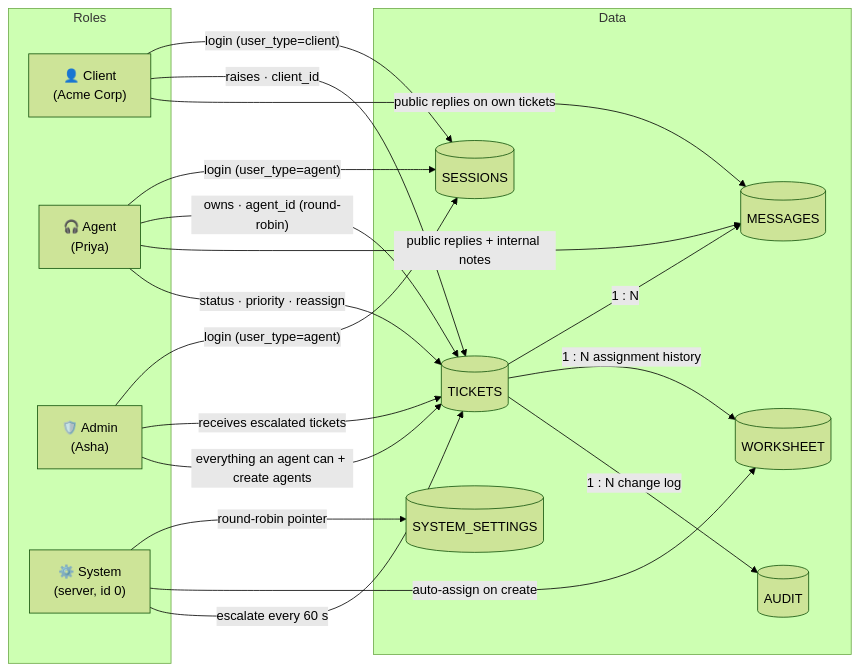
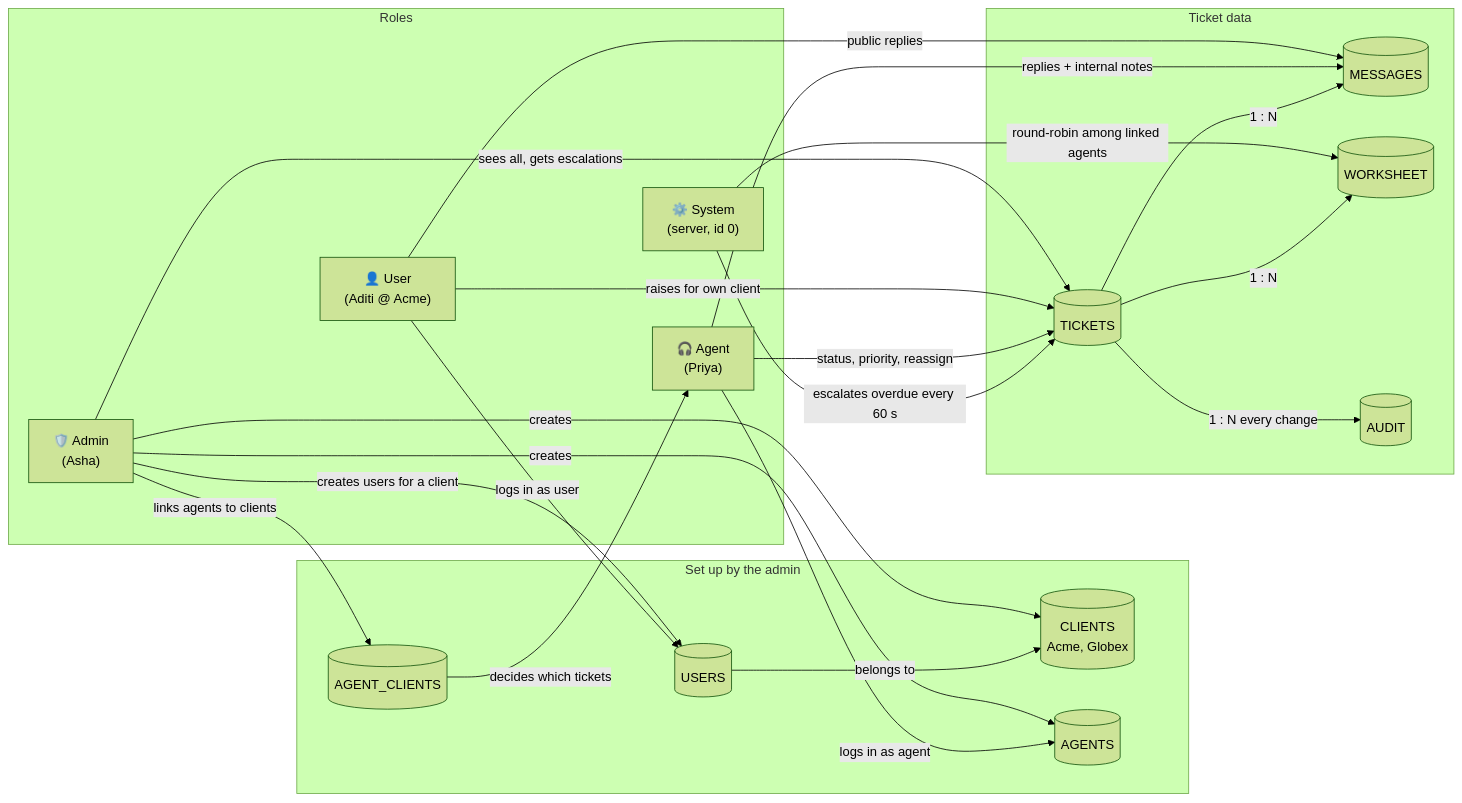
One commit to mrujoshi/zendesk changed the second of 5 diagrams in ERD.md. Above: the diagram before and after it, drawn with Mermaid (forest theme). The commit also changed other lines of this file, not shown here.

First line of the commit message:
ERD: update all diagrams to the current model

````diff
--- a/ERD.md
+++ b/ERD.md
@@ -154,40 +165,46 @@
 ```mermaid
 flowchart LR
     subgraph Roles
-        C["👤 Client<br/>(Acme Corp)"]
+        AD["🛡️ Admin<br/>(Asha)"]
+        U["👤 User<br/>(Aditi @ Acme)"]
         A["🎧 Agent<br/>(Priya)"]
-        AD["🛡️ Admin<br/>(Asha)"]
         SYS["⚙️ System<br/>(server, id 0)"]
     end
 
-    subgraph Data
-        S[("SESSIONS")]
+    subgraph Setup["Set up by the admin"]
+        CL[("CLIENTS<br/>Acme, Globex")]
+        US[("USERS")]
+        AG[("AGENTS")]
+        AC[("AGENT_CLIENTS")]
+    end
+
+    subgraph Work["Ticket data"]
         T[("TICKETS")]
         M[("MESSAGES")]
         W[("WORKSHEET")]
         AU[("AUDIT")]
-        SET[("SYSTEM_SETTINGS")]
     end
 
-    C -- "login (user_type=client)" --> S
-    A -- "login (user_type=agent)" --> S
-    AD -- "login (user_type=agent)" --> S
+    AD -- "creates" --> CL
+    AD -- "creates users for a client" --> US
+    AD -- "creates" --> AG
+    AD -- "links agents to clients" --> AC
+    AD -- "sees all, gets escalations" --> T
 
-    C -- "raises · client_id" --> T
-    C -- "public replies on own tickets" --> M
+    US -- "belongs to" --> CL
+    U -- "logs in as user" --> US
+    U -- "raises for own client" --> T
+    U -- "public replies" --> M
 
-    A -- "owns · agent_id (round-robin)" --> T
-    A -- "public replies + internal notes" --> M
-    A -- "status · priority · reassign" --> T
+    A -- "logs in as agent" --> AG
+    AC -- "decides which tickets" --> A
+    A -- "status, priority, reassign" --> T
+    A -- "replies + internal notes" --> M
 
-    AD -- "receives escalated tickets" --> T
-    AD -- "everything an agent can + create agents" --> T
-
-    SYS -- "round-robin pointer" --> SET
-    SYS -- "auto-assign on create" --> W
-    SYS -- "escalate every 60 s" --> T
+    SYS -- "round-robin among linked agents" --> W
+    SYS -- "escalates overdue every 60 s" --> T
 
     T -- "1 : N" --> M
-    T -- "1 : N assignment history" --> W
-    T -- "1 : N change log" --> AU
+    T -- "1 : N" --> W
+    T -- "1 : N every change" --> AU
 ```
````
